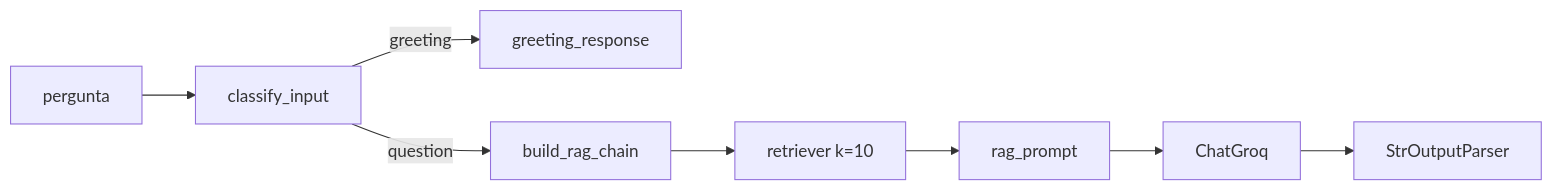
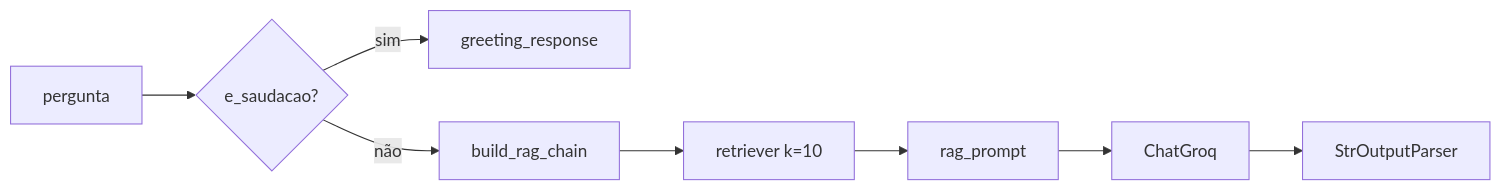
Before and after one commit to PET-SaudeDigitalG4/assistente_virtual_pet_saude: the diagram in docs/06-rag.md, drawn with Mermaid. The commit also changed other lines of this file and 25 other files, not shown here.

````diff
--- a/docs/06-rag.md
+++ b/docs/06-rag.md
@@ -74,10 +78,10 @@
 ```mermaid
 flowchart LR
-    Q[pergunta] --> C[classify_input]
-    C -->|greeting| G[greeting_response]
-    C -->|question| R[build_rag_chain]
+    Q[pergunta] --> C{e_saudacao?}
+    C -->|sim| G[greeting_response]
+    C -->|não| R[build_rag_chain]
     R --> RET[retriever k=10]
     RET --> P[rag_prompt]
     P --> LLM[ChatGroq]
     LLM --> S[StrOutputParser]
 ```
````
